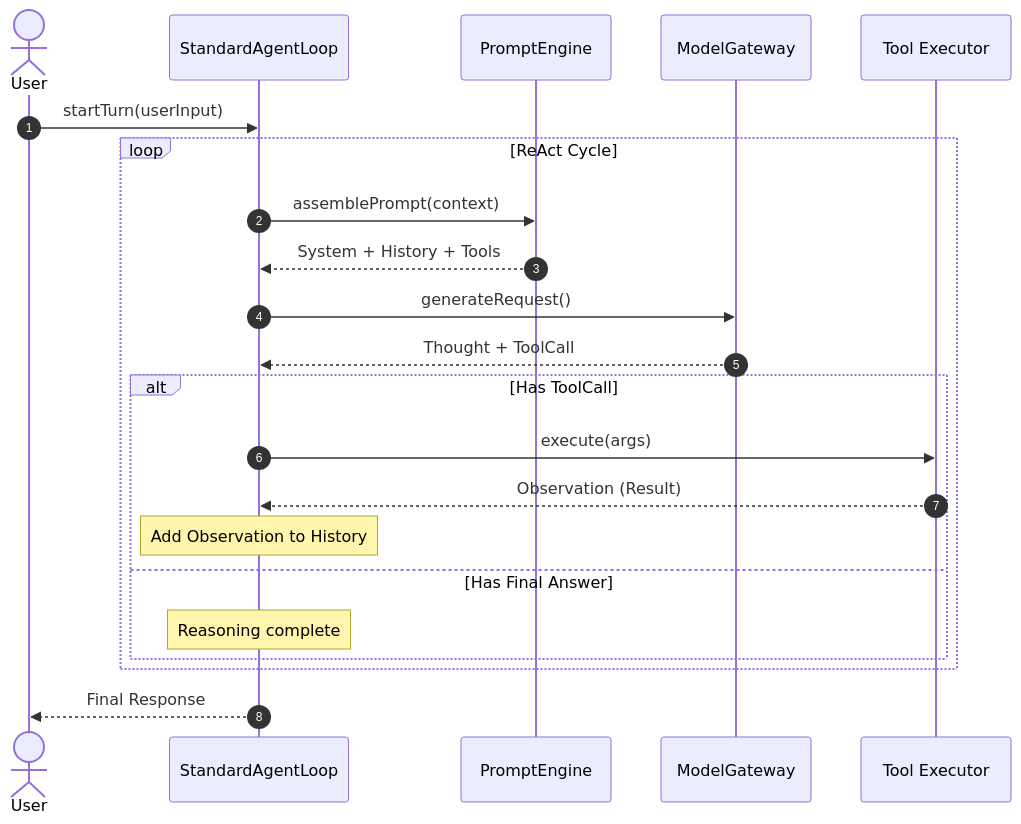
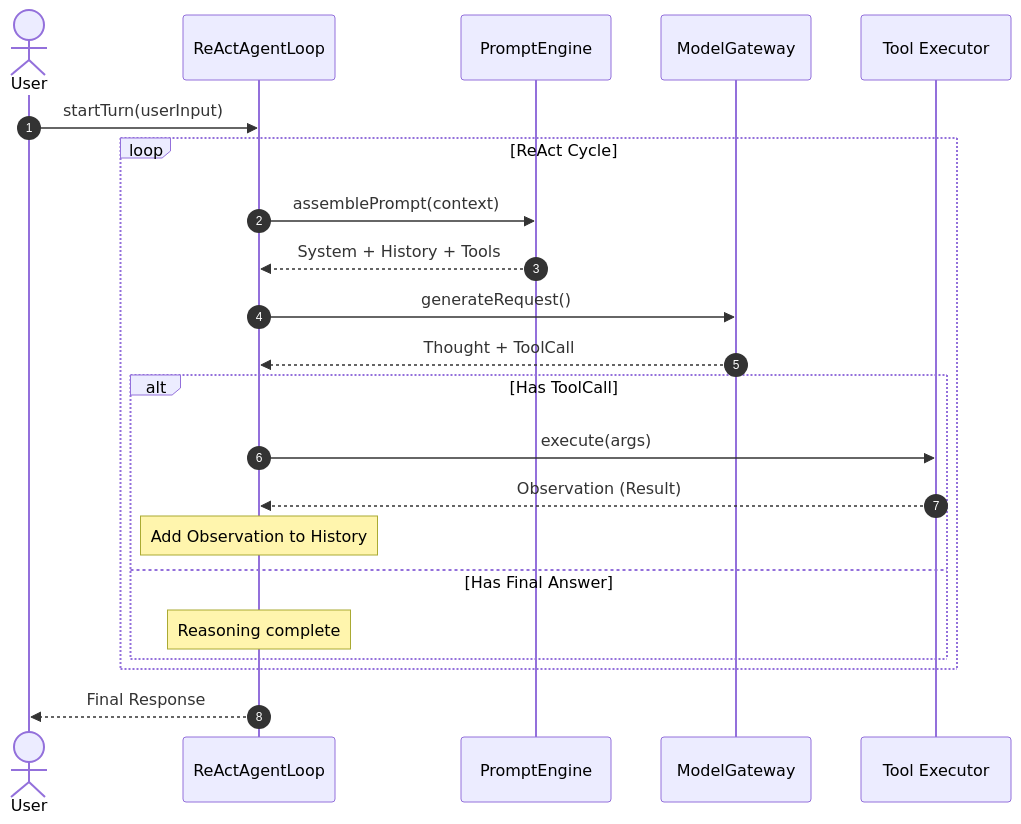
Before and after one commit to stream-iori/ganglia: the second of 3 diagrams in docs/EXECUTION_AND_STRUCTURE.md, drawn with Mermaid. The commit also changed other lines of this file and 20 other files, not shown here.

````diff
--- a/docs/EXECUTION_AND_STRUCTURE.md
+++ b/docs/EXECUTION_AND_STRUCTURE.md
@@ -73,29 +73,29 @@
 ```mermaid
 sequenceDiagram
     autonumber
     actor User
-    participant Kernel as StandardAgentLoop
+    participant Kernel as ReActAgentLoop
     participant Prompt as PromptEngine
     participant LLM as ModelGateway
     participant Tool as Tool Executor
 
     User->>Kernel: startTurn(userInput)
     
     loop ReAct Cycle
         Kernel->>Prompt: assemblePrompt(context)
         Prompt-->>Kernel: System + History + Tools
         
         Kernel->>LLM: generateRequest()
         LLM-->>Kernel: Thought + ToolCall
         
         alt Has ToolCall
             Kernel->>Tool: execute(args)
             Tool-->>Kernel: Observation (Result)
             Note over Kernel: Add Observation to History
         else Has Final Answer
             Note over Kernel: Reasoning complete
         end
     end
 
     Kernel-->>User: Final Response
 ```
````
